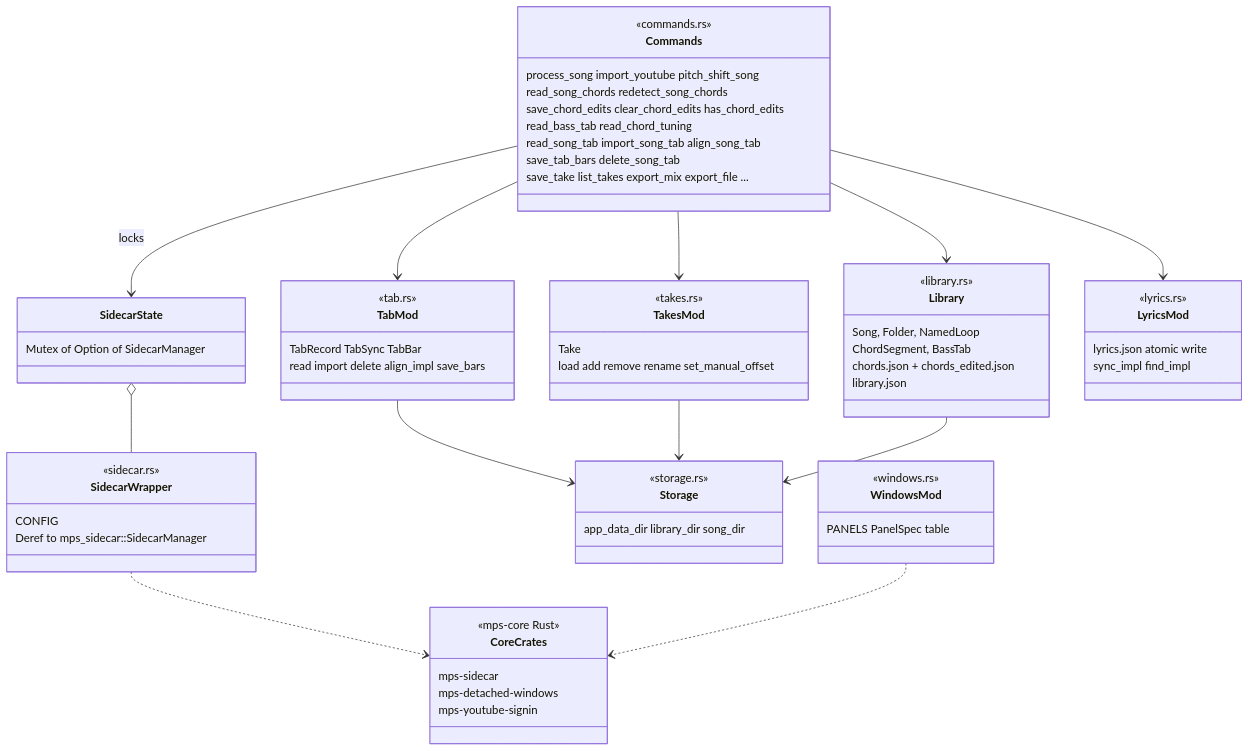
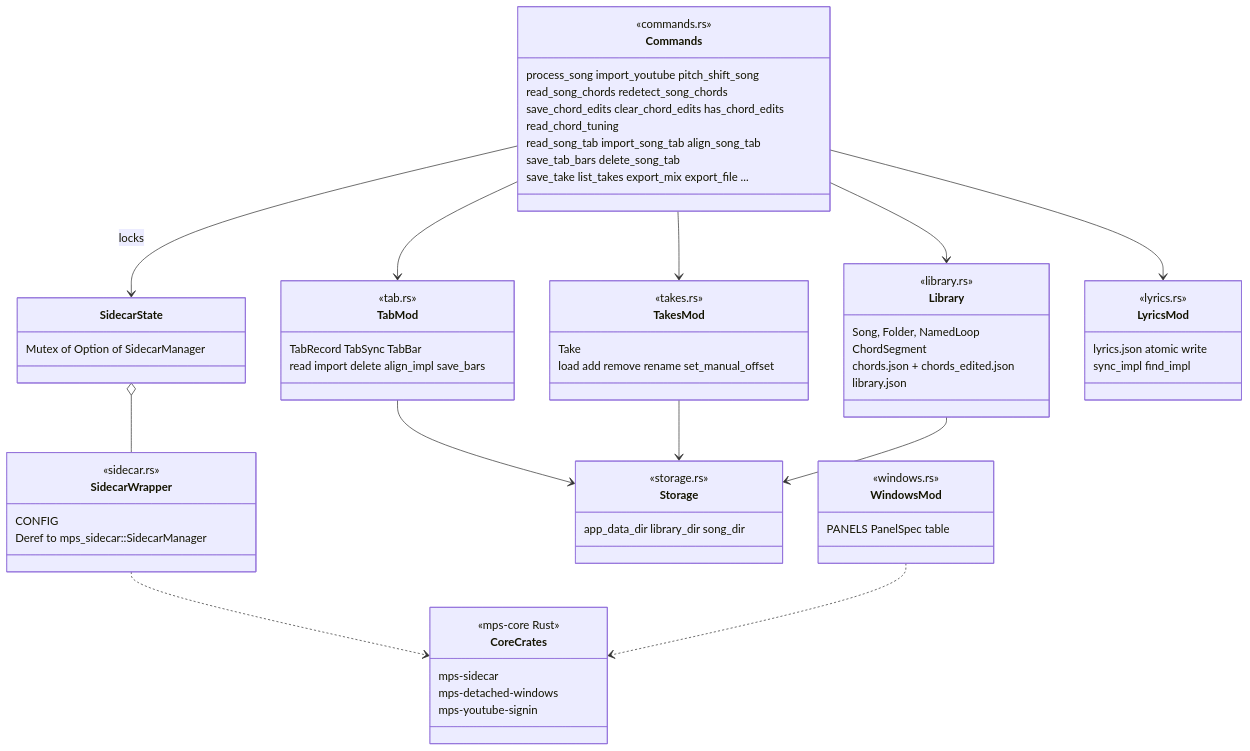
The ninth of 16 diagrams in wiki/uml.md (giamat90/SongPracticeStudio), drawn with Mermaid before and after one commit. The commit also changed other lines of this file and 26 other files, not shown here.

First line of the commit message:
refactor: remove the bass tab

````diff
--- a/wiki/uml.md
+++ b/wiki/uml.md
@@ -394,69 +378,69 @@
 ```mermaid
 classDiagram
     direction TB
     class Commands {
         <<commands.rs>>
         process_song import_youtube pitch_shift_song
         read_song_chords redetect_song_chords
         save_chord_edits clear_chord_edits has_chord_edits
-        read_bass_tab read_chord_tuning
+        read_chord_tuning
         read_song_tab import_song_tab align_song_tab
         save_tab_bars delete_song_tab
         save_take list_takes export_mix export_file ...
     }
     class SidecarState {
         Mutex of Option of SidecarManager
     }
     class SidecarWrapper {
         <<sidecar.rs>>
         CONFIG
         Deref to mps_sidecar::SidecarManager
     }
     class Library {
         <<library.rs>>
         Song, Folder, NamedLoop
-        ChordSegment, BassTab
+        ChordSegment
         chords.json + chords_edited.json
         library.json
     }
     class TabMod {
         <<tab.rs>>
         TabRecord TabSync TabBar
         read import delete align_impl save_bars
     }
     class TakesMod {
         <<takes.rs>>
         Take
         load add remove rename set_manual_offset
     }
     class LyricsMod {
         <<lyrics.rs>>
         lyrics.json atomic write
         sync_impl find_impl
     }
     class Storage {
         <<storage.rs>>
         app_data_dir library_dir song_dir
     }
     class WindowsMod {
         <<windows.rs>>
         PANELS PanelSpec table
     }
     class CoreCrates {
         <<mps-core Rust>>
         mps-sidecar
         mps-detached-windows
         mps-youtube-signin
     }
     Commands --> SidecarState : locks
     SidecarState o-- SidecarWrapper
     SidecarWrapper ..> CoreCrates
     Commands --> Library
     Commands --> TabMod
     Commands --> TakesMod
     Commands --> LyricsMod
     TabMod --> Storage
     TakesMod --> Storage
     Library --> Storage
     WindowsMod ..> CoreCrates
 ```
````
